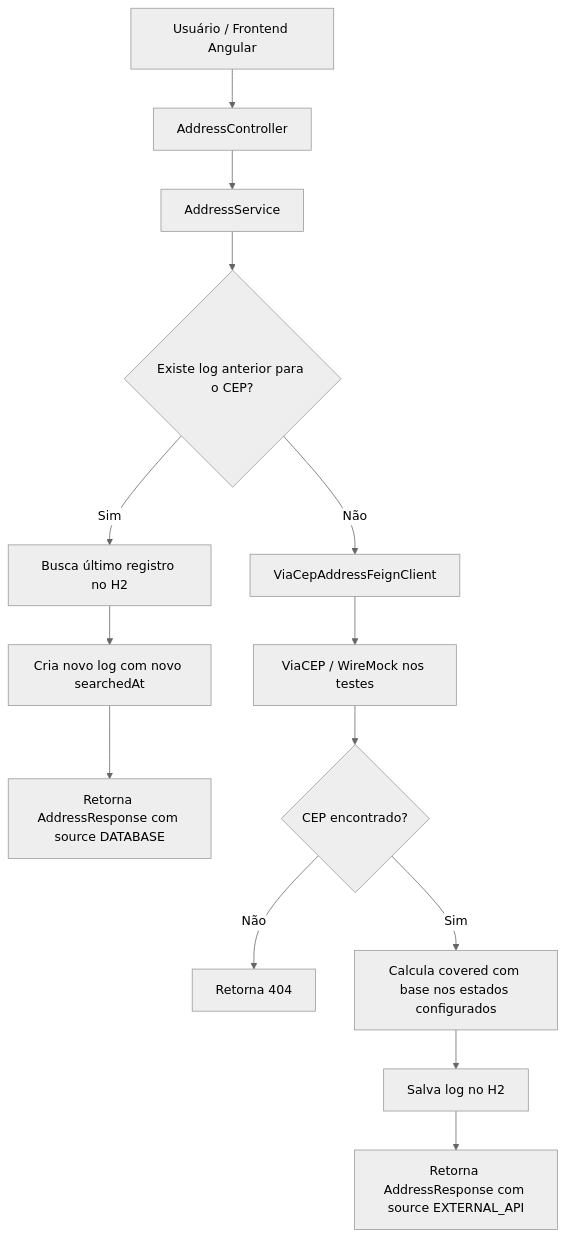
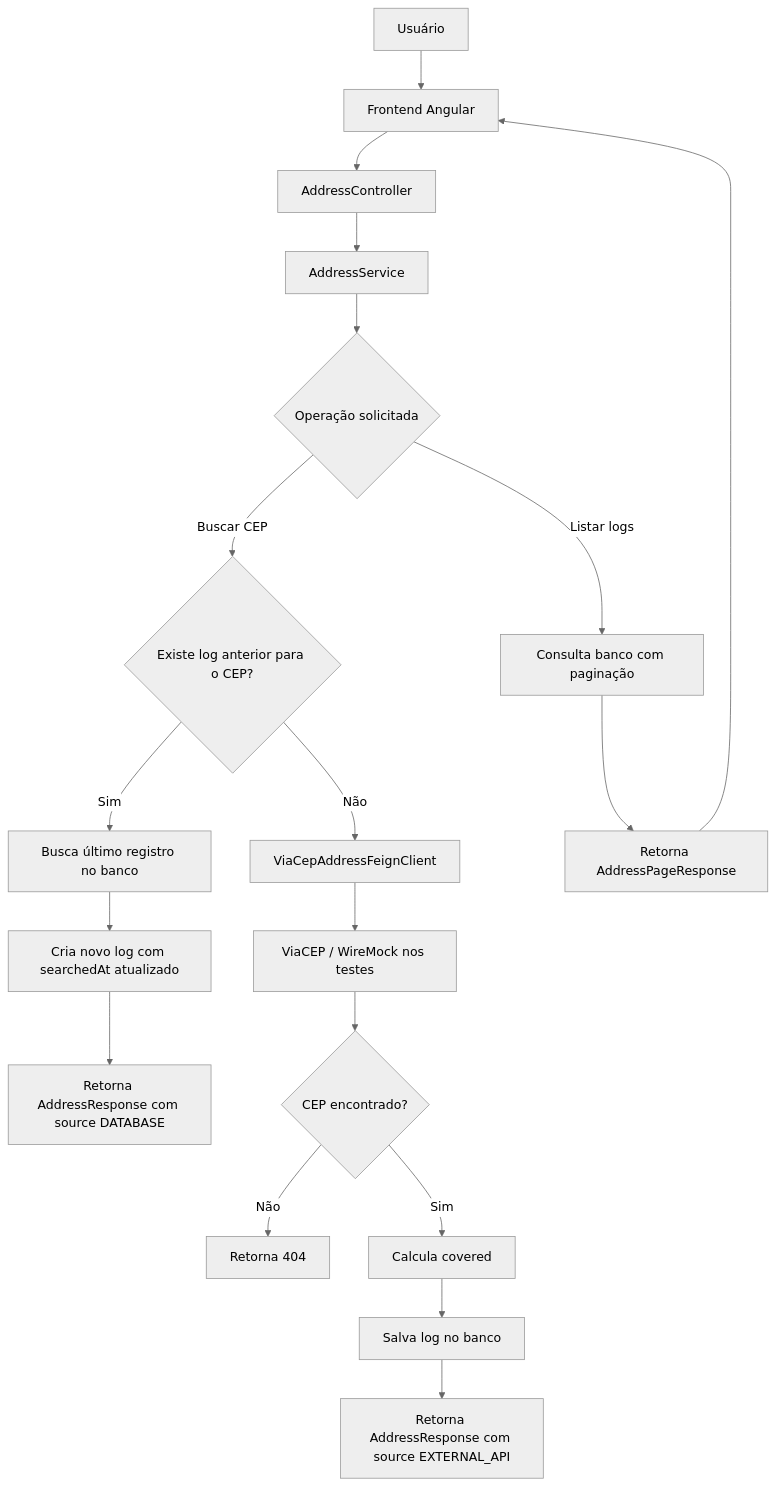
One commit to rodrigo-lemes/f1rst-challenge changed the diagram in README.md. Above: the diagram before and after it, drawn with Mermaid (neutral theme). The commit also changed other lines of this file, not shown here.

````diff
--- a/README.md
+++ b/README.md
@@ -60,16 +163,25 @@
 ```mermaid
 flowchart TD
-    A[Usuário / Frontend Angular] --> B[AddressController]
-    B --> C[AddressService]
-    C --> D{Existe log anterior para o CEP?}
-    D -- Sim --> E[Busca último registro no H2]
-    E --> F[Cria novo log com novo searchedAt]
-    F --> G[Retorna AddressResponse com source DATABASE]
-    D -- Não --> H[ViaCepAddressFeignClient]
-    H --> I[ViaCEP / WireMock nos testes]
-    I --> J{CEP encontrado?}
-    J -- Não --> K[Retorna 404]
-    J -- Sim --> L[Calcula covered com base nos estados configurados]
-    L --> M[Salva log no H2]
-    M --> N[Retorna AddressResponse com source EXTERNAL_API]
+    A[Usuário] --> B[Frontend Angular]
+    B --> C[AddressController]
+    C --> D[AddressService]
+
+    D --> E{Operação solicitada}
+
+    E -- Buscar CEP --> F{Existe log anterior para o CEP?}
+    F -- Sim --> G[Busca último registro no banco]
+    G --> H[Cria novo log com searchedAt atualizado]
+    H --> I[Retorna AddressResponse com source DATABASE]
+
+    F -- Não --> J[ViaCepAddressFeignClient]
+    J --> K[ViaCEP / WireMock nos testes]
+    K --> L{CEP encontrado?}
+    L -- Não --> M[Retorna 404]
+    L -- Sim --> N[Calcula covered]
+    N --> O[Salva log no banco]
+    O --> P[Retorna AddressResponse com source EXTERNAL_API]
+
+    E -- Listar logs --> Q[Consulta banco com paginação]
+    Q --> R[Retorna AddressPageResponse]
+    R --> B
 ```
````
